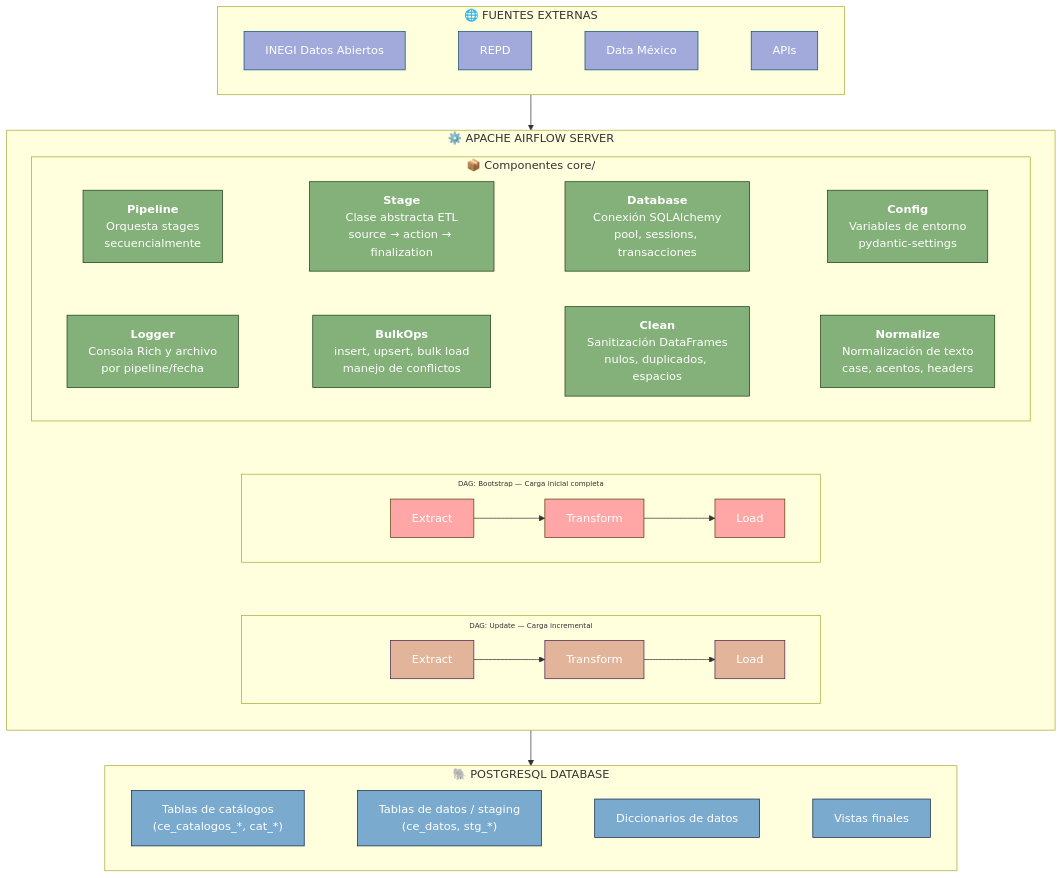
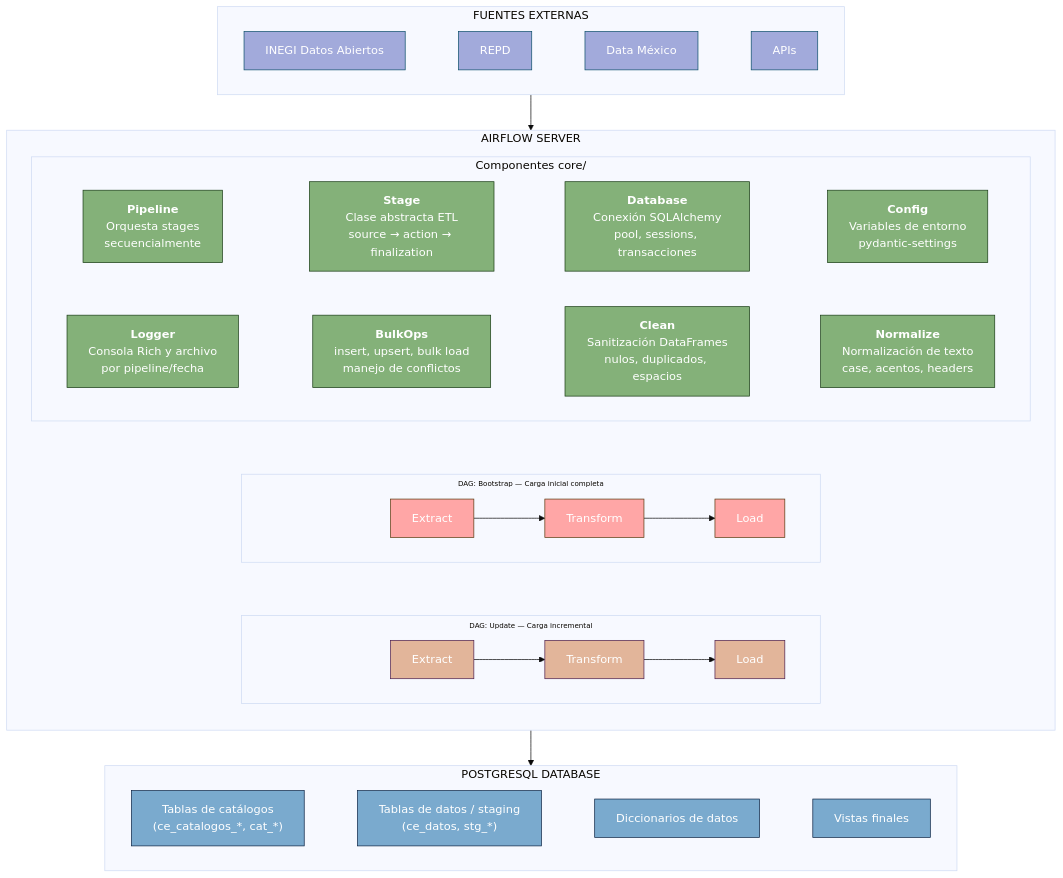
One commit to iieg-oficial/ETL-SIEEJ changed the diagram in README.md. Above: the diagram before and after it, drawn with Mermaid.

Commit message:
docs(readme): change color on mermaid schema

````diff
--- a/README.md
+++ b/README.md
@@ -40,56 +40,57 @@
 ```mermaid
+%%{init: {'theme': 'base'}}%%
 graph TD
-    subgraph Fuentes["🌐 FUENTES EXTERNAS"]
+    subgraph Fuentes["FUENTES EXTERNAS"]
         direction LR
         F1["INEGI Datos Abiertos"] ~~~ F2["REPD"] ~~~ F3["Data México"] ~~~ F4["APIs"]
     end
-    subgraph Airflow["⚙️ APACHE AIRFLOW SERVER"]
+    subgraph Airflow["AIRFLOW SERVER"]
             direction TB
-        subgraph Componentes["📦 Componentes core/"]
+        subgraph Componentes["Componentes core/"]
             direction LR
             CO1["<b>Pipeline</b><br/>Orquesta stages<br/>secuencialmente"]
             CO2["<b>Stage</b><br/>Clase abstracta ETL<br/>source → action → finalization"]
             CO3["<b>Database</b><br/>Conexión SQLAlchemy<br/>pool, sessions, transacciones"]
             CO4["<b>Config</b><br/>Variables de entorno<br/>pydantic-settings"]
             CO1 ~~~ CO2 ~~~ CO3 ~~~ CO4
             CO5["<b>Logger</b><br/>Consola Rich y archivo<br/>por pipeline/fecha"]
             CO6["<b>BulkOps</b><br/>insert, upsert, bulk load<br/>manejo de conflictos"]
             CO7["<b>Clean</b><br/>Sanitización DataFrames<br/>nulos, duplicados, espacios"]
             CO8["<b>Normalize</b><br/>Normalización de texto<br/>case, acentos, headers"]
             CO5 ~~~ CO6 ~~~ CO7 ~~~ CO8
         end
         subgraph Bootstrap[<font size = 1> DAG: Bootstrap — Carga inicial completa]
             direction LR
             B_SP[ ] ~~~ B_E["Extract"] --> B_T["Transform"] --> B_L["Load"]
         end
         subgraph Update[<font size = 1> DAG: Update — Carga incremental]
             direction LR
             U_SP[ ] ~~~ U_E["Extract"] --> U_T["Transform"] --> U_L["Load"]
         end
         Componentes ~~~ Bootstrap
         Bootstrap ~~~ Update
     end
-    subgraph DB["🐘 POSTGRESQL DATABASE"]
+    subgraph DB["POSTGRESQL DATABASE"]
             direction LR
         D1["Tablas de catálogos<br/>(ce_catalogos_*, cat_*)"]~~~
         D2["Tablas de datos / staging<br/>(ce_datos, stg_*)"]~~~
         D3["Diccionarios de datos"]~~~
         D4["Vistas finales"]
     end
     Fuentes --> Airflow
     Airflow --> DB
 
     classDef fuenteStyle fill:#A2AADB,stroke:#0d4f6b,color:#fff
     classDef componenteStyle fill:#84B179,stroke:#1a3d16,color:#fff
     classDef bootstrapStyle fill:#FFA6A6,stroke:#5a3a10,color:#fff
     classDef updateStyle fill:#E2B59A,stroke:#4d1f4d,color:#fff
     classDef dbStyle fill:#7AAACE,stroke:#0d2545,color:#fff
     classDef spacer fill:none,stroke:none,color:none
 
     class F1,F2,F3,F4 fuenteStyle
     class CO1,CO2,CO3,CO4,CO5,CO6,CO7,CO8 componenteStyle
     class B_E,B_T,B_L bootstrapStyle
     class U_E,U_T,U_L updateStyle
     class D1,D2,D3,D4 dbStyle
     class B_SP,B_SP2,U_SP,U_SP2 spacer
 ```
````
